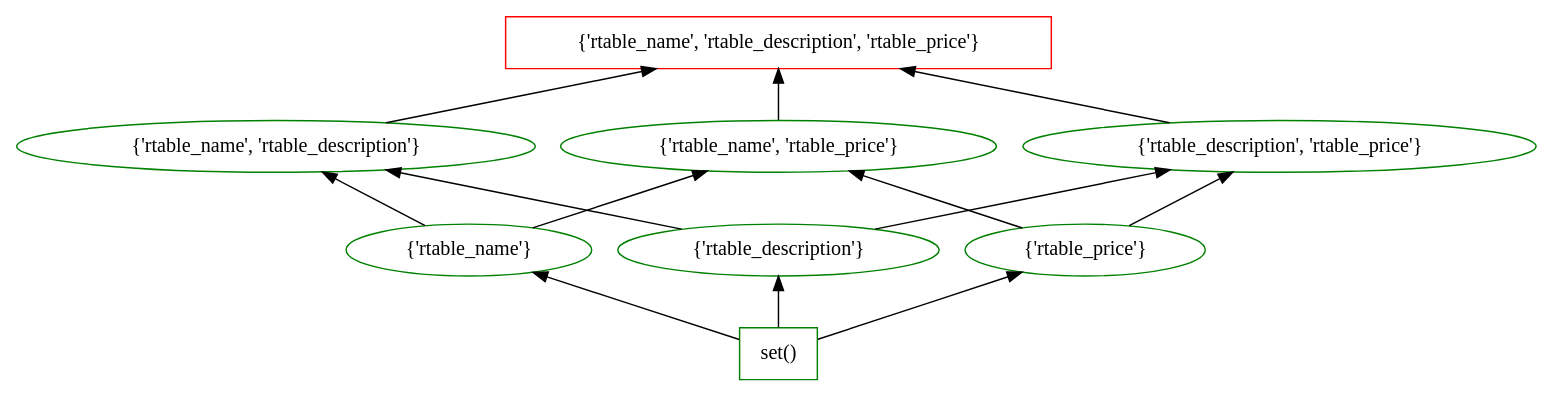
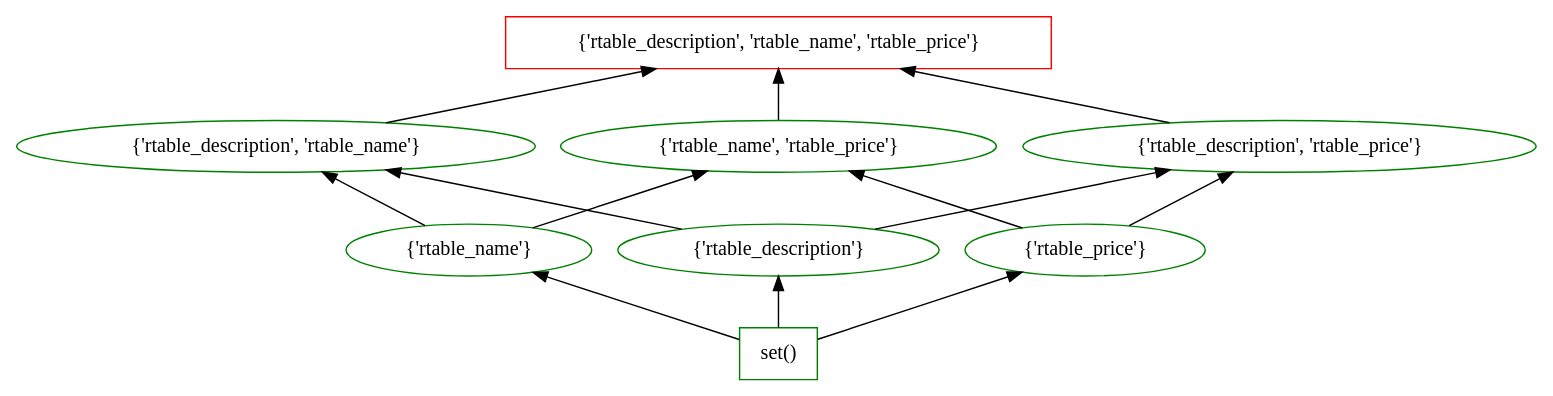
Before and after one commit to tteofili/certem: the diagram in data_new/AB/Ditto/1/lattice_7.dot, drawn with Graphviz. The commit also changed 434 other files, not shown here.

```diff
--- a/data_new/AB/Ditto/1/lattice_7.dot
+++ b/data_new/AB/Ditto/1/lattice_7.dot
@@ -1,26 +1,26 @@
 digraph G {
 splines="line"
 rankdir=BT
-"{'rtable_name', 'rtable_description', 'rtable_price'}" [shape=box];
+"{'rtable_description', 'rtable_name', 'rtable_price'}" [shape=box];
 "set()" [shape=box];
 "set()" [color=green];
 "set()" -> "{'rtable_name'}";
 "set()" -> "{'rtable_description'}";
 "set()" -> "{'rtable_price'}";
 "{'rtable_name'}" [color=green];
-"{'rtable_name'}" -> "{'rtable_name', 'rtable_description'}";
+"{'rtable_name'}" -> "{'rtable_description', 'rtable_name'}";
 "{'rtable_name'}" -> "{'rtable_name', 'rtable_price'}";
 "{'rtable_description'}" [color=green];
-"{'rtable_description'}" -> "{'rtable_name', 'rtable_description'}";
+"{'rtable_description'}" -> "{'rtable_description', 'rtable_name'}";
 "{'rtable_description'}" -> "{'rtable_description', 'rtable_price'}";
 "{'rtable_price'}" [color=green];
 "{'rtable_price'}" -> "{'rtable_name', 'rtable_price'}";
 "{'rtable_price'}" -> "{'rtable_description', 'rtable_price'}";
-"{'rtable_name', 'rtable_description'}" [color=green];
-"{'rtable_name', 'rtable_description'}" -> "{'rtable_name', 'rtable_description', 'rtable_price'}";
+"{'rtable_description', 'rtable_name'}" [color=green];
+"{'rtable_description', 'rtable_name'}" -> "{'rtable_description', 'rtable_name', 'rtable_price'}";
 "{'rtable_name', 'rtable_price'}" [color=green];
-"{'rtable_name', 'rtable_price'}" -> "{'rtable_name', 'rtable_description', 'rtable_price'}";
+"{'rtable_name', 'rtable_price'}" -> "{'rtable_description', 'rtable_name', 'rtable_price'}";
 "{'rtable_description', 'rtable_price'}" [color=green];
-"{'rtable_description', 'rtable_price'}" -> "{'rtable_name', 'rtable_description', 'rtable_price'}";
-"{'rtable_name', 'rtable_description', 'rtable_price'}" [color=red];
+"{'rtable_description', 'rtable_price'}" -> "{'rtable_description', 'rtable_name', 'rtable_price'}";
+"{'rtable_description', 'rtable_name', 'rtable_price'}" [color=red];
 }
```
